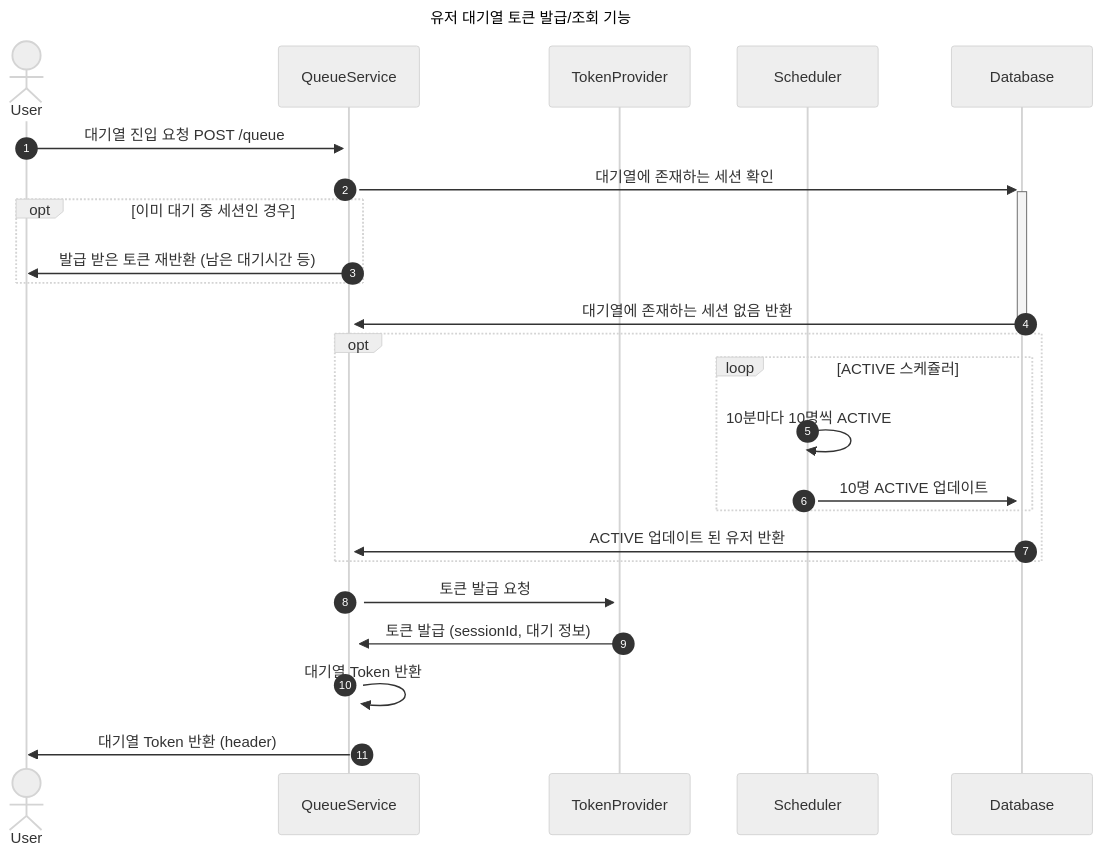
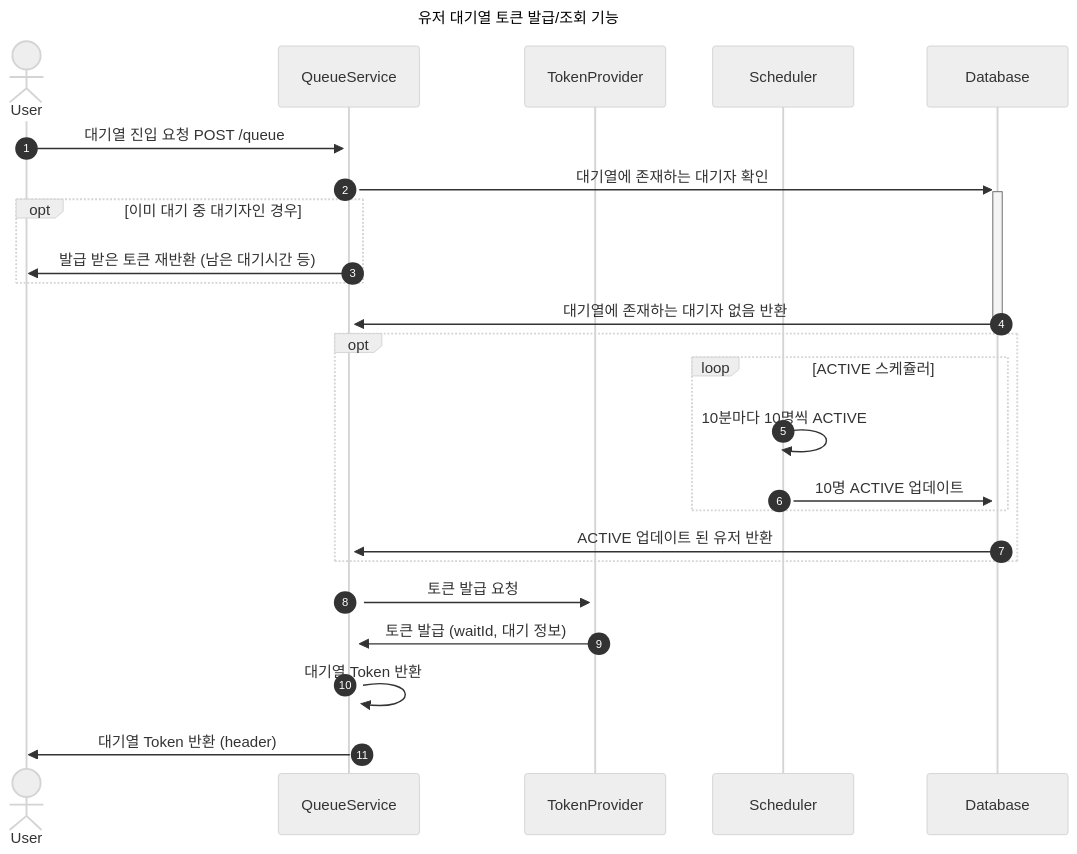
The diagram in docs/sequence/1.유저-토큰-대기열-기능.md (hpp-backend-15/java-concert-joonhyeokyang), drawn with Mermaid (neutral theme) before and after one commit. The commit also changed 21 other files, not shown here.

````diff
--- a/docs/sequence/1.유저-토큰-대기열-기능.md
+++ b/docs/sequence/1.유저-토큰-대기열-기능.md
@@ -10,27 +10,27 @@
 ```mermaid
 sequenceDiagram
     autonumber
     title 유저 대기열 토큰 발급/조회 기능
     actor u as User
     participant qs as QueueService
     participant tp as TokenProvider
     participant sc as Scheduler
     participant db as Database
     u ->>+ qs: 대기열 진입 요청 POST /queue
-    qs ->>+ db: 대기열에 존재하는 세션 확인
-    opt 이미 대기 중 세션인 경우
+    qs ->>+ db: 대기열에 존재하는 대기자 확인
+    opt 이미 대기 중 대기자인 경우
         qs ->> u: 발급 받은 토큰 재반환 (남은 대기시간 등)
     end
-    db ->>- qs: 대기열에 존재하는 세션 없음 반환
+    db ->>- qs: 대기열에 존재하는 대기자 없음 반환
     opt
         loop ACTIVE 스케쥴러
             sc ->>+ sc: 10분마다 10명씩 ACTIVE
             sc ->>+ db: 10명 ACTIVE 업데이트
         end
         db ->>+ qs: ACTIVE 업데이트 된 유저 반환
     end
     qs ->>+ tp: 토큰 발급 요청 
-    tp ->>+ qs: 토큰 발급 (sessionId, 대기 정보)
+    tp ->>+ qs: 토큰 발급 (waitId, 대기 정보)
     qs ->> qs: 대기열 Token 반환
     qs ->> u: 대기열 Token 반환 (header)
 ```
````
